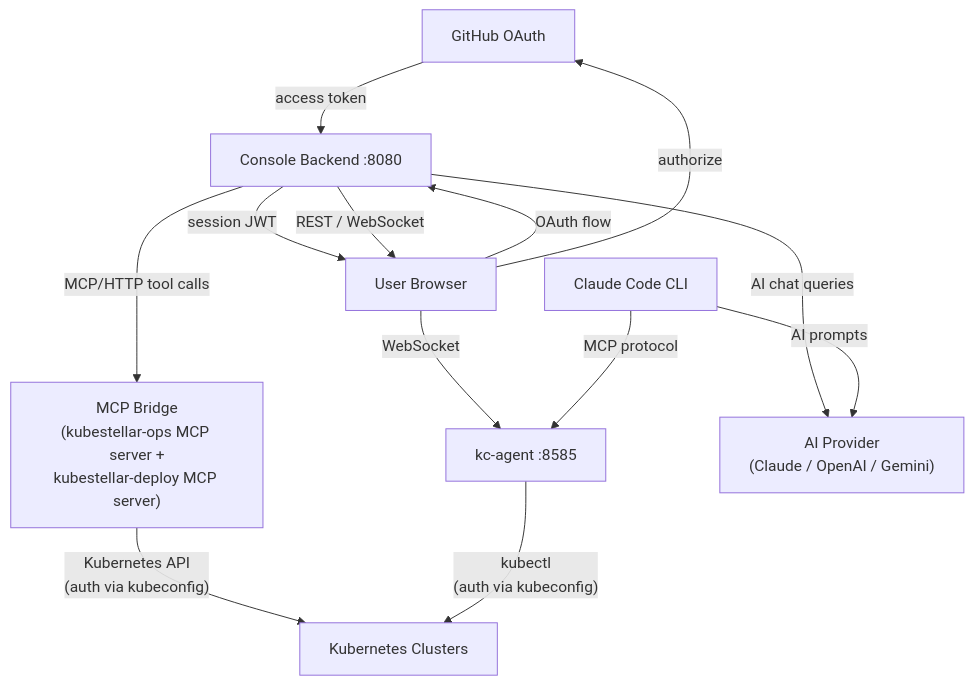
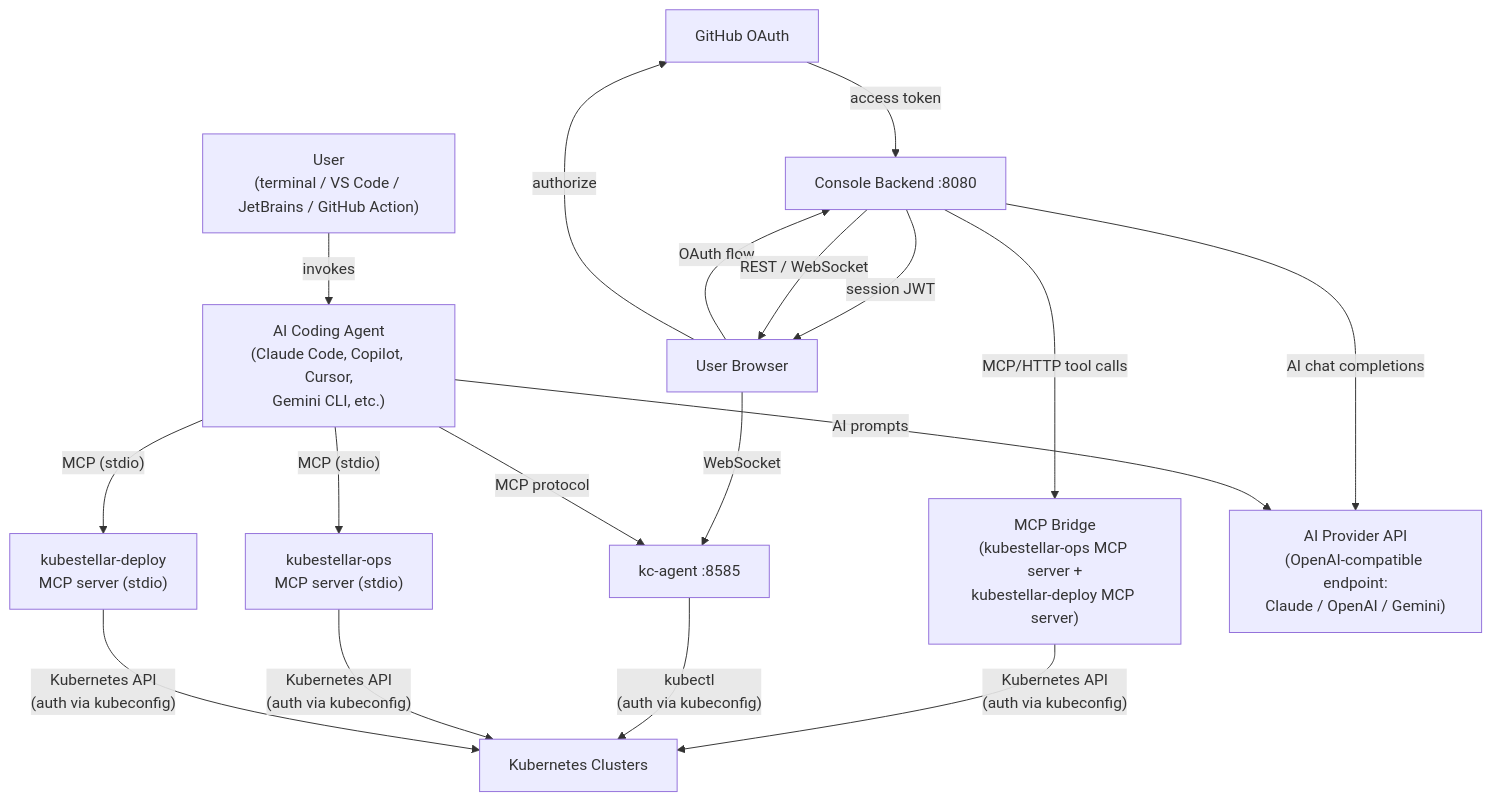
Before and after one commit to kubestellar/docs: the diagram in docs/content/console/_architecture-diagram.md, drawn with Mermaid. The commit also changed 1 other file, not shown here.

First paragraph of the commit message:
📖 Clarify architecture docs: MCP naming, Claude Code, AI Provider API (#1346)
* Clarify architecture docs: MCP naming, Claude Code connections, AI Provider API

````diff
--- a/docs/content/console/_architecture-diagram.md
+++ b/docs/content/console/_architecture-diagram.md
@@ -1,24 +1,32 @@
 ```mermaid
 graph TB
+    User["User<br/>(terminal / VS Code / JetBrains / GitHub Action)"]
     GitHub["GitHub OAuth"]
     Backend["Console Backend :8080"]
     Browser["User Browser"]
     MCP["MCP Bridge<br/>(kubestellar-ops MCP server +<br/>kubestellar-deploy MCP server)"]
     K8s["Kubernetes Clusters"]
     Agent["kc-agent :8585"]
-    CLI["Claude Code CLI"]
-    AI["AI Provider<br/>(Claude / OpenAI / Gemini)"]
+    CLI["AI Coding Agent<br/>(Claude Code, Copilot, Cursor,<br/>Gemini CLI, etc.)"]
+    OpsStdio["kubestellar-ops<br/>MCP server (stdio)"]
+    DeployStdio["kubestellar-deploy<br/>MCP server (stdio)"]
+    AI["AI Provider API<br/>(OpenAI-compatible endpoint:<br/>Claude / OpenAI / Gemini)"]
 
+    User -- "invokes" --> CLI
     Browser -- "OAuth flow" --> Backend
     Browser -- "authorize" --> GitHub
     GitHub -- "access token" --> Backend
     Backend -- "session JWT" --> Browser
     Backend -- "REST / WebSocket" --> Browser
     Browser -- "WebSocket" --> Agent
     Backend -- "MCP/HTTP tool calls" --> MCP
     MCP -- "Kubernetes API<br/>(auth via kubeconfig)" --> K8s
     Agent -- "kubectl<br/>(auth via kubeconfig)" --> K8s
+    OpsStdio -- "Kubernetes API<br/>(auth via kubeconfig)" --> K8s
+    DeployStdio -- "Kubernetes API<br/>(auth via kubeconfig)" --> K8s
+    CLI -- "MCP (stdio)" --> OpsStdio
+    CLI -- "MCP (stdio)" --> DeployStdio
     CLI -- "MCP protocol" --> Agent
-    Backend -- "AI chat queries" --> AI
+    Backend -- "AI chat completions" --> AI
     CLI -- "AI prompts" --> AI
 ```
````
